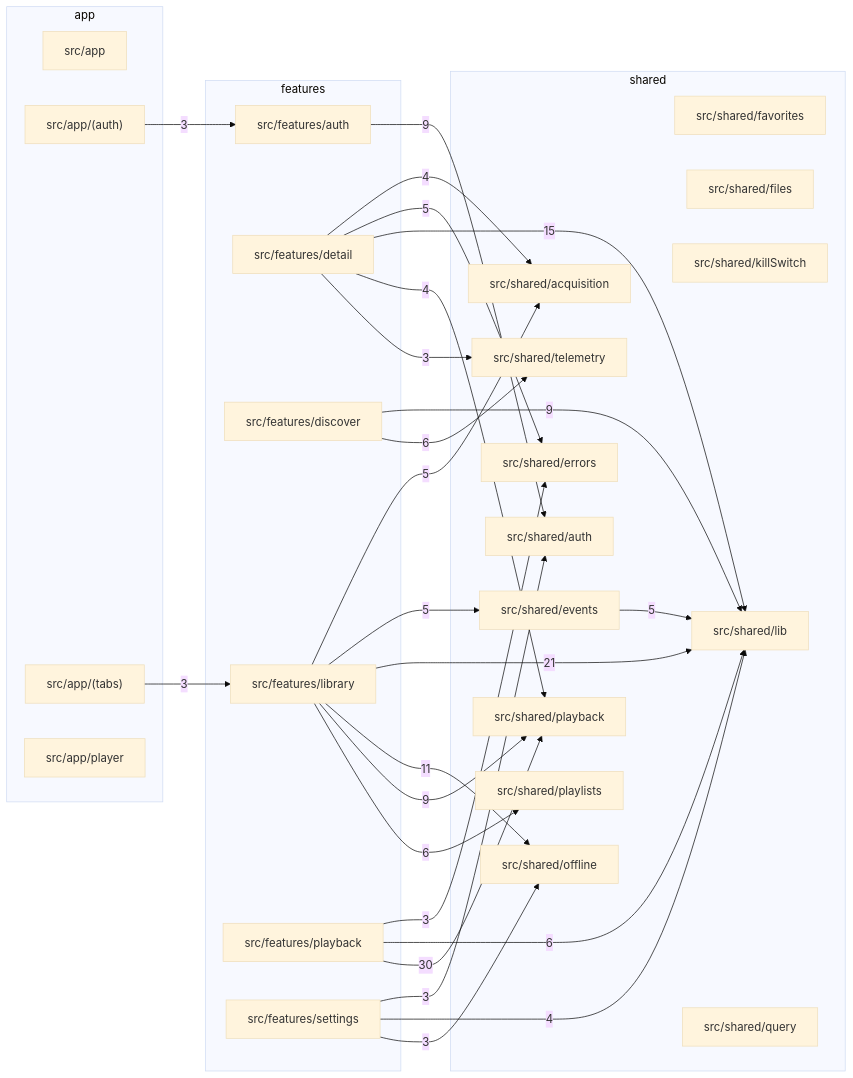
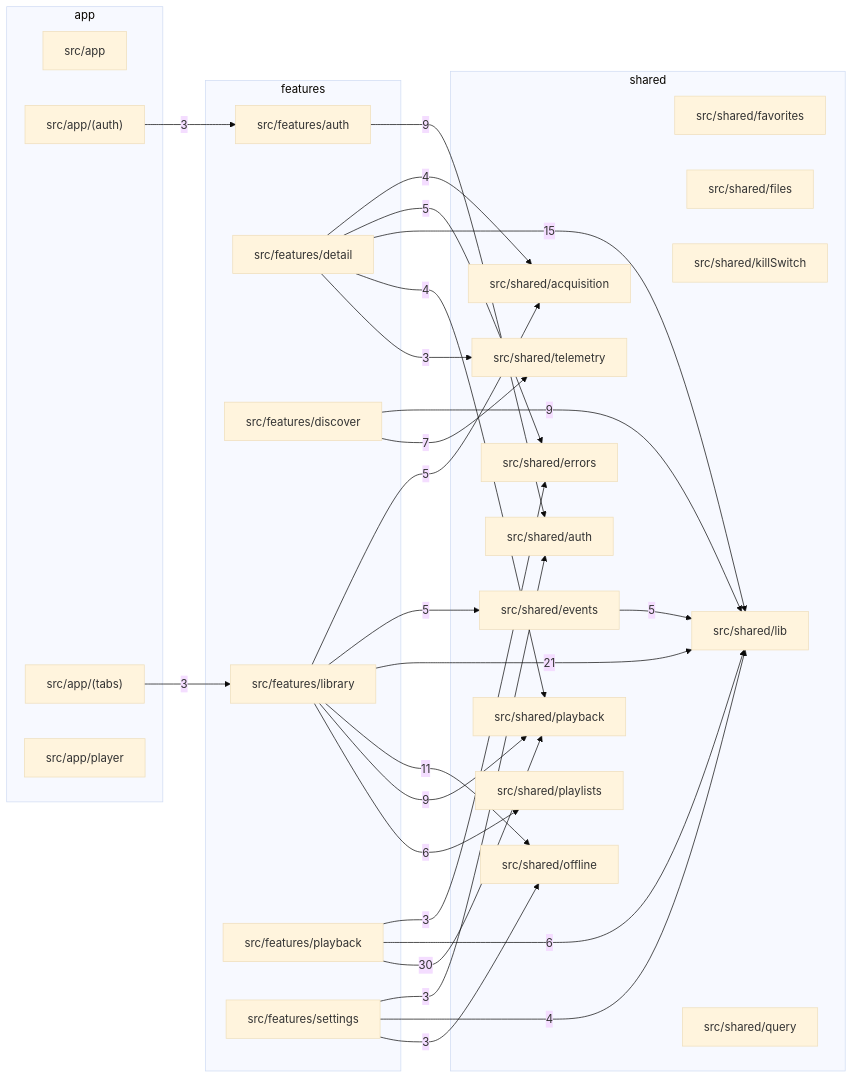
Before and after one commit to aleburrascano/altune: the third of 3 diagrams in docs/architecture.md, drawn with Mermaid (base theme). The commit also changed 2 other files, not shown here.

Commit message:
test(discover): cover clear-history and next-page failures via logic hook

````diff
--- a/docs/architecture.md
+++ b/docs/architecture.md
@@ -68,55 +68,55 @@
 ```mermaid
 flowchart LR
   subgraph app
     apps_mobile_src_app["src/app"]
     apps_mobile_src_app__auth_["src/app/(auth)"]
     apps_mobile_src_app__tabs_["src/app/(tabs)"]
     apps_mobile_src_app_player["src/app/player"]
   end
   subgraph features
     apps_mobile_src_features_auth["src/features/auth"]
     apps_mobile_src_features_detail["src/features/detail"]
     apps_mobile_src_features_discover["src/features/discover"]
     apps_mobile_src_features_library["src/features/library"]
     apps_mobile_src_features_playback["src/features/playback"]
     apps_mobile_src_features_settings["src/features/settings"]
   end
   subgraph shared
     apps_mobile_src_shared_acquisition["src/shared/acquisition"]
     apps_mobile_src_shared_auth["src/shared/auth"]
     apps_mobile_src_shared_errors["src/shared/errors"]
     apps_mobile_src_shared_events["src/shared/events"]
     apps_mobile_src_shared_favorites["src/shared/favorites"]
     apps_mobile_src_shared_files["src/shared/files"]
     apps_mobile_src_shared_killSwitch["src/shared/killSwitch"]
     apps_mobile_src_shared_lib["src/shared/lib"]
     apps_mobile_src_shared_offline["src/shared/offline"]
     apps_mobile_src_shared_playback["src/shared/playback"]
     apps_mobile_src_shared_playlists["src/shared/playlists"]
     apps_mobile_src_shared_query["src/shared/query"]
     apps_mobile_src_shared_telemetry["src/shared/telemetry"]
   end
   apps_mobile_src_app__auth_ -->|3| apps_mobile_src_features_auth
   apps_mobile_src_app__tabs_ -->|3| apps_mobile_src_features_library
   apps_mobile_src_features_auth -->|9| apps_mobile_src_shared_auth
   apps_mobile_src_features_detail -->|4| apps_mobile_src_shared_acquisition
   apps_mobile_src_features_detail -->|5| apps_mobile_src_shared_errors
   apps_mobile_src_features_detail -->|15| apps_mobile_src_shared_lib
   apps_mobile_src_features_detail -->|4| apps_mobile_src_shared_playback
   apps_mobile_src_features_detail -->|3| apps_mobile_src_shared_telemetry
   apps_mobile_src_features_discover -->|9| apps_mobile_src_shared_lib
-  apps_mobile_src_features_discover -->|6| apps_mobile_src_shared_telemetry
+  apps_mobile_src_features_discover -->|7| apps_mobile_src_shared_telemetry
   apps_mobile_src_features_library -->|5| apps_mobile_src_shared_acquisition
   apps_mobile_src_features_library -->|5| apps_mobile_src_shared_events
   apps_mobile_src_features_library -->|21| apps_mobile_src_shared_lib
   apps_mobile_src_features_library -->|11| apps_mobile_src_shared_offline
   apps_mobile_src_features_library -->|9| apps_mobile_src_shared_playback
   apps_mobile_src_features_library -->|6| apps_mobile_src_shared_playlists
   apps_mobile_src_features_playback -->|3| apps_mobile_src_shared_errors
   apps_mobile_src_features_playback -->|6| apps_mobile_src_shared_lib
   apps_mobile_src_features_playback -->|30| apps_mobile_src_shared_playback
   apps_mobile_src_features_settings -->|3| apps_mobile_src_shared_auth
   apps_mobile_src_features_settings -->|4| apps_mobile_src_shared_lib
   apps_mobile_src_features_settings -->|3| apps_mobile_src_shared_offline
   apps_mobile_src_shared_events -->|5| apps_mobile_src_shared_lib
 ```
````
